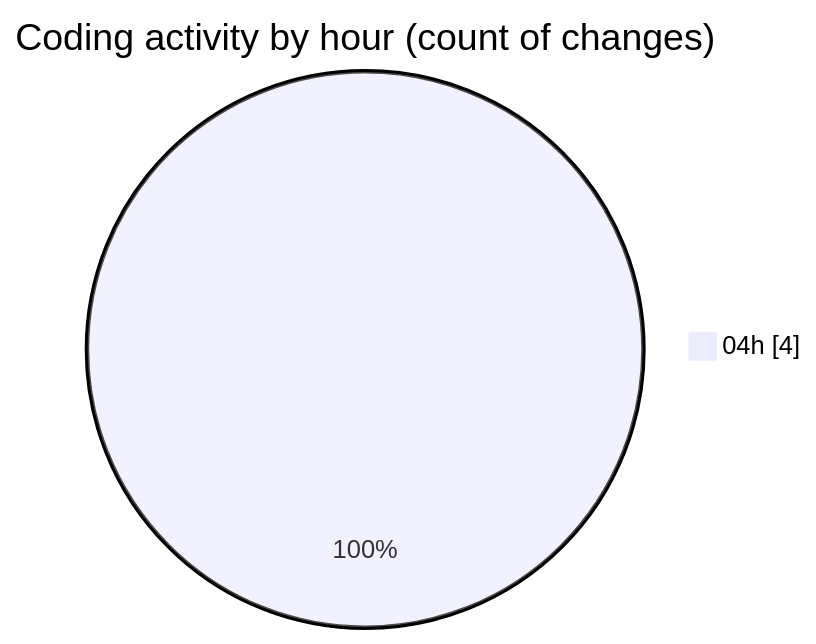
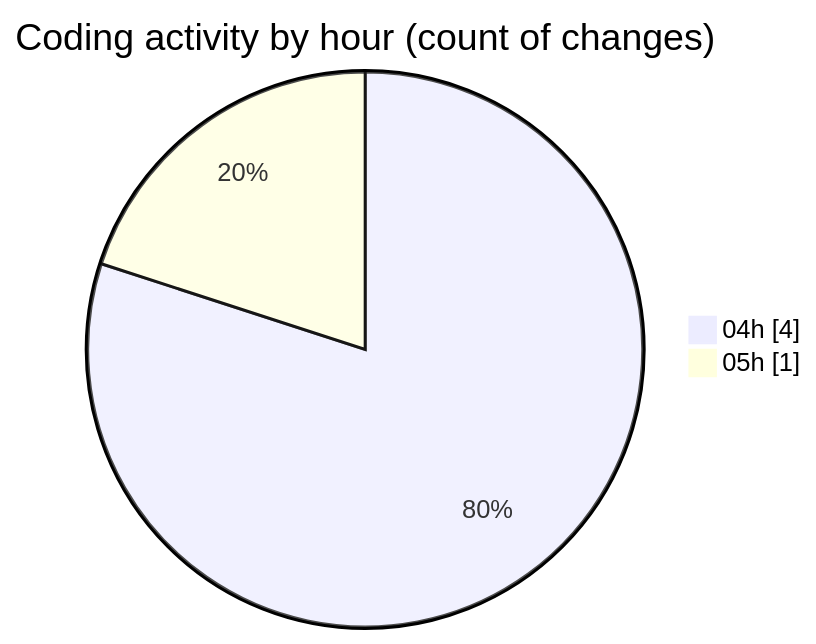
Before and after one commit to jadenblack/code-tracking: the second of 2 diagrams in 2026-02-25/_monorepo-template__workspace_/README.md, drawn with Mermaid. The commit also changed other lines of this file and 1 other file, not shown here.

````diff
--- a/2026-02-25/_monorepo-template__workspace_/README.md
+++ b/2026-02-25/_monorepo-template__workspace_/README.md
@@ -31,5 +32,6 @@
 ```mermaid
 pie showData
 title Coding activity by hour (count of changes)
 "04h" : 4
+"05h" : 1
 ```
````
